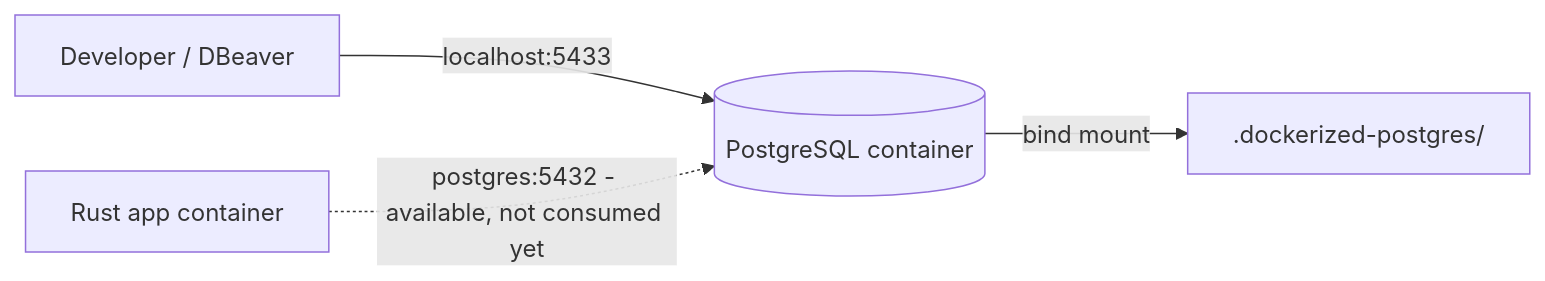
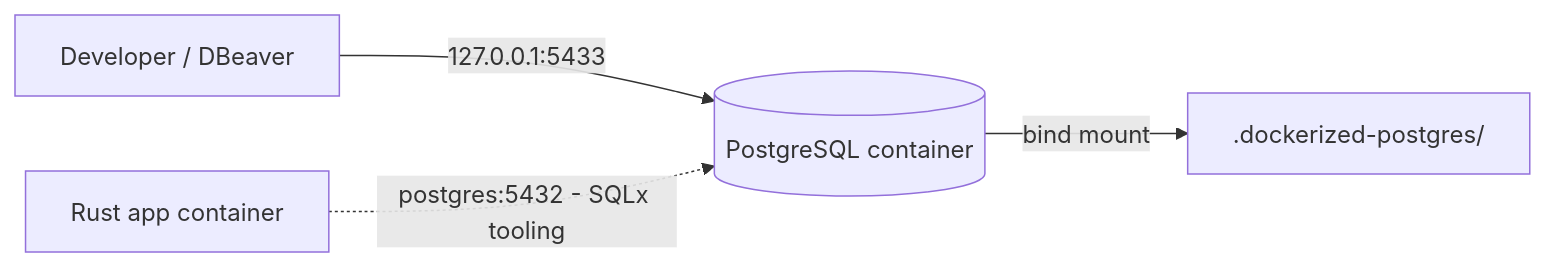
One commit to juniocr26/rust-event-relay changed the diagram in docs/en/docker-and-configuration.md. Above: the diagram before and after it, drawn with Mermaid. The commit also changed other lines of this file and 21 other files, not shown here.

````diff
--- a/docs/en/docker-and-configuration.md
+++ b/docs/en/docker-and-configuration.md
@@ -58,10 +59,10 @@
 ```mermaid
 flowchart LR
     DEV[Developer / DBeaver]
     APP[Rust app container]
     DB[(PostgreSQL container)]
     DISK[.dockerized-postgres/]
-    DEV -->|localhost:5433| DB
-    APP -.->|postgres:5432 - available, not consumed yet| DB
+    DEV -->|127.0.0.1:5433| DB
+    APP -.->|postgres:5432 - SQLx tooling| DB
     DB -->|bind mount| DISK
 ```
````
